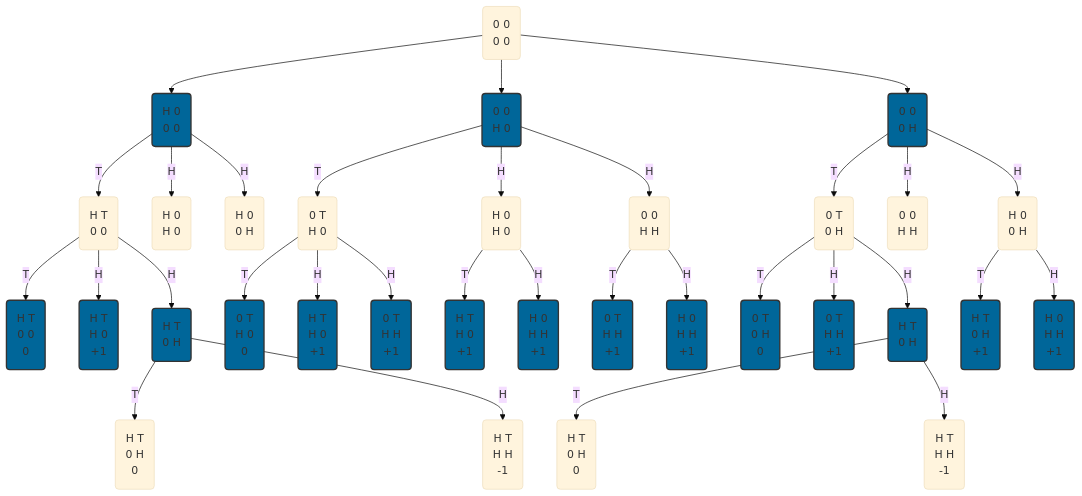
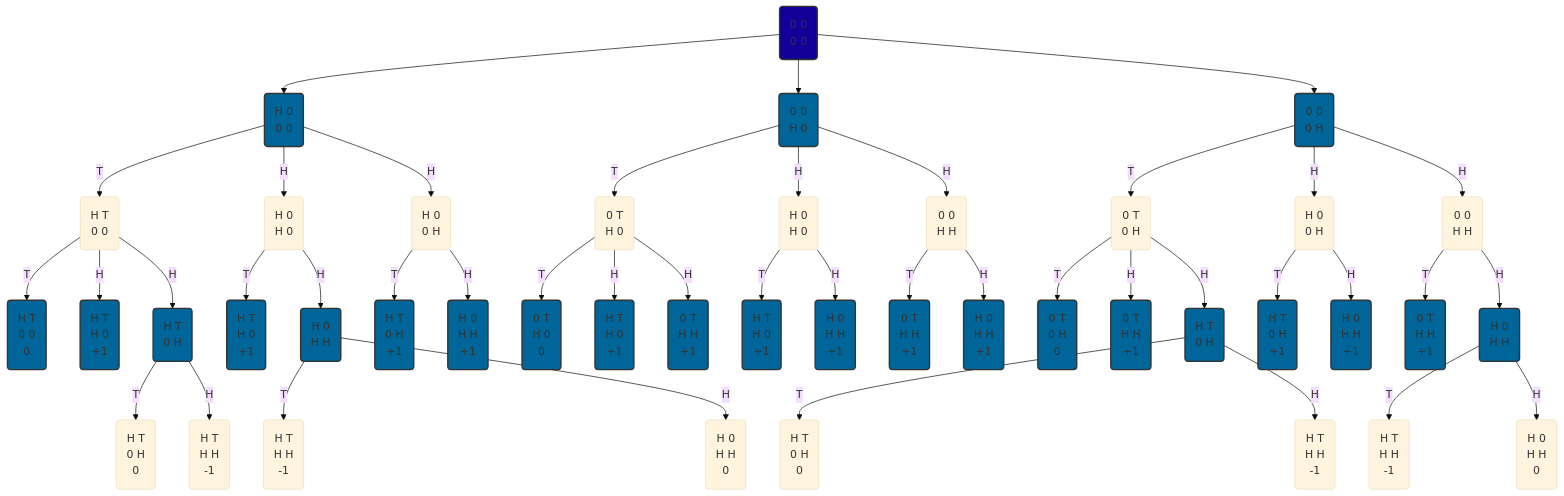
The diagram in week_4/mandatory.md (lucasfth/introduction-to-artificial-intelligence), drawn with Mermaid (base theme) before and after one commit. The commit also changed other lines of this file, not shown here.

Commit message:
Add changes by Bank

```diff
--- a/week_4/mandatory.md
+++ b/week_4/mandatory.md
@@ -63,6 +63,7 @@
   max --> max0
   max --> max1
   max --> max2
+  style max fill:#100099,stroke:#333,stroke-width:2px;
   style max0 fill:#006699,stroke:#333,stroke-width:2px;
   style max00 fill:#006699,stroke:#333,stroke-width:2px;
   style max01 fill:#006699,stroke:#333,stroke-width:2px;
@@ -84,10 +85,48 @@
   H 0
   H 0
   )
+
+  min01 -- T --> max011(
+    H T
+    H 0
+    +1
+  )
+  style max011 fill:#006699,stroke:#333,stroke-width:2px;
+
+  min01 -- H --> max012(
+    H 0
+    H H
+  )
+  style max012 fill:#006699,stroke:#333,stroke-width:2px;
+
+  max012 -- T --> min01200(
+    H T
+    H H
+    -1
+    
+  )
+  max012 -- H --> min0121(
+    H 0
+    H H
+    0
+  )
+
   min02(
   H 0
   0 H
   )
+  min02 -- T --> max002(
+    H T
+    0 H
+    +1
+  )
+  style max002 fill:#006699,stroke:#333,stroke-width:2px;
+  min02 -- H --> max003(
+    H 0
+    H H
+    +1
+  )
+  style max003 fill:#006699,stroke:#333,stroke-width:2px;
   max00(
   H T
   0 0
@@ -102,7 +141,8 @@
   H T
   0 H
   )
-  min000(H T
+  min000(
+  H T
   0 H
   0
   )
@@ -132,7 +172,7 @@
   )
   min10(
   0 T
-  H 0 
+  H 0
   )
   min11(
   H 0
@@ -206,7 +246,34 @@
   0 H)
   min21(
   0 0
-  H H)
+  H H
+  )
+
+  min21 -- T --> max2100(
+    0 T
+    H H
+    +1
+  )
+   style max2100 fill:#006699,stroke:#333,stroke-width:2px;
+
+  min21 -- H --> max2101(
+    H 0
+    H H
+  )
+   style max2101 fill:#006699,stroke:#333,stroke-width:2px;
+
+  max2101 -- T --> min21010(
+    H T
+    H H
+    -1
+  )
+
+  max2101 -- H --> min21011(
+    H 0
+    H H
+    0
+  )
+
   min22(
   H 0
   0 H)
```
